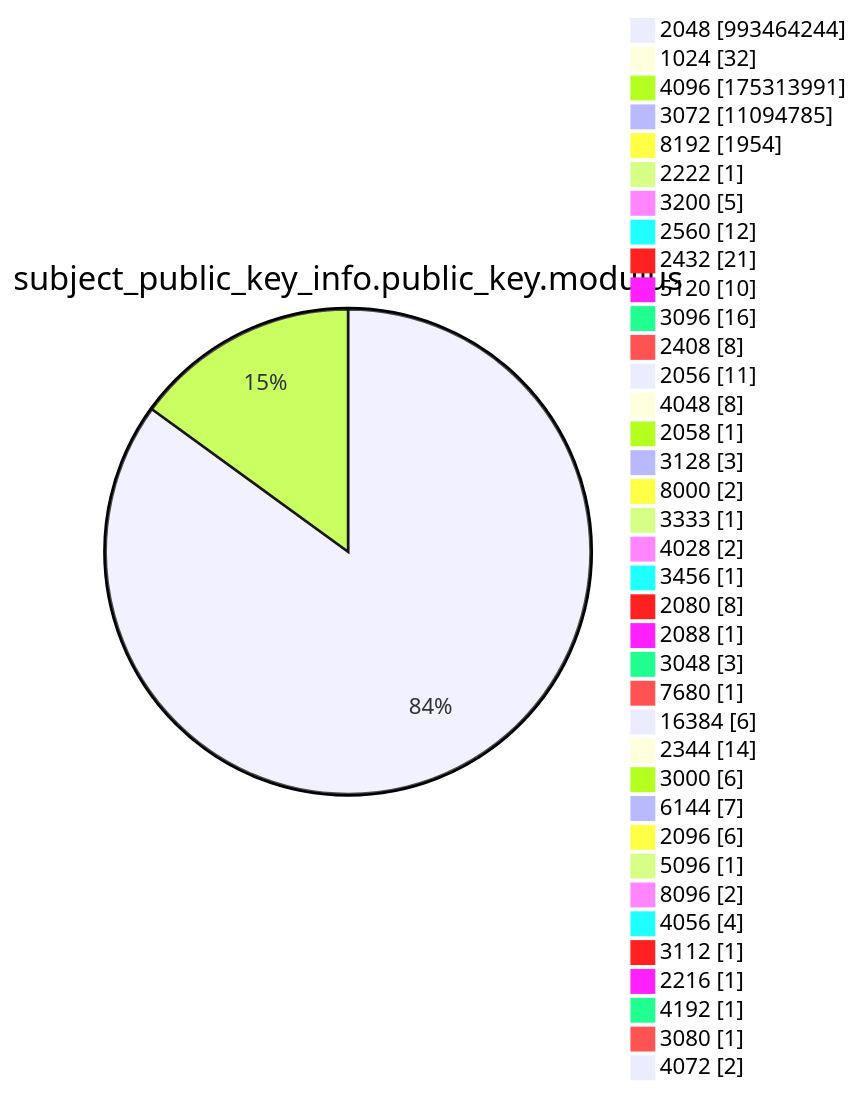
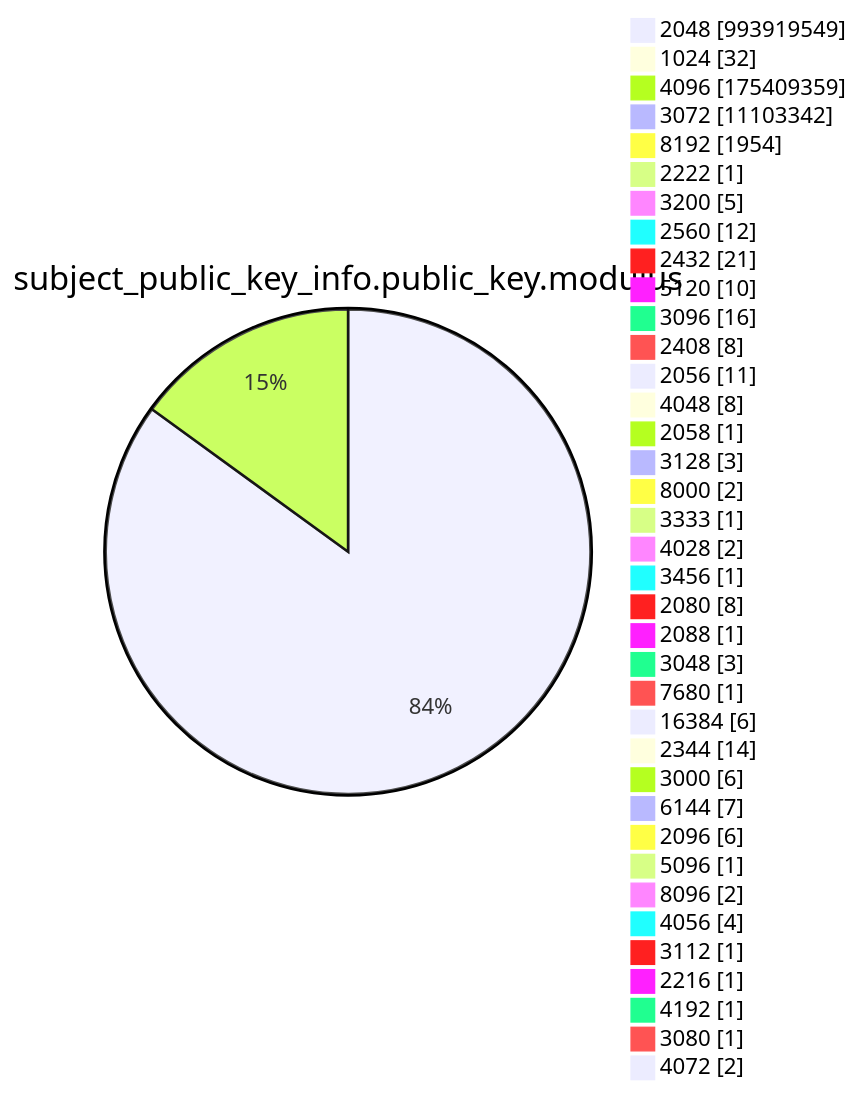
Before and after one commit to christiankrug/ctmonitor_visualization: diagram 13 of 15 in argon2022/README.md, drawn with Mermaid. The commit also changed other lines of this file, not shown here.

````diff
--- a/argon2022/README.md
+++ b/argon2022/README.md
@@ -3587,41 +3587,41 @@
 ```mermaid
 pie showData
 title subject_public_key_info.public_key.modulus
-"2048" :993464244
+"2048" :993919549
 "1024" :32
-"4096" :175313991
-"3072" :11094785
+"4096" :175409359
+"3072" :11103342
 "8192" :1954
 "2222" :1
 "3200" :5
 "2560" :12
 "2432" :21
 "5120" :10
 "3096" :16
 "2408" :8
 "2056" :11
 "4048" :8
 "2058" :1
 "3128" :3
 "8000" :2
 "3333" :1
 "4028" :2
 "3456" :1
 "2080" :8
 "2088" :1
 "3048" :3
 "7680" :1
 "16384" :6
 "2344" :14
 "3000" :6
 "6144" :7
 "2096" :6
 "5096" :1
 "8096" :2
 "4056" :4
 "3112" :1
 "2216" :1
 "4192" :1
 "3080" :1
 "4072" :2
 ```
````
